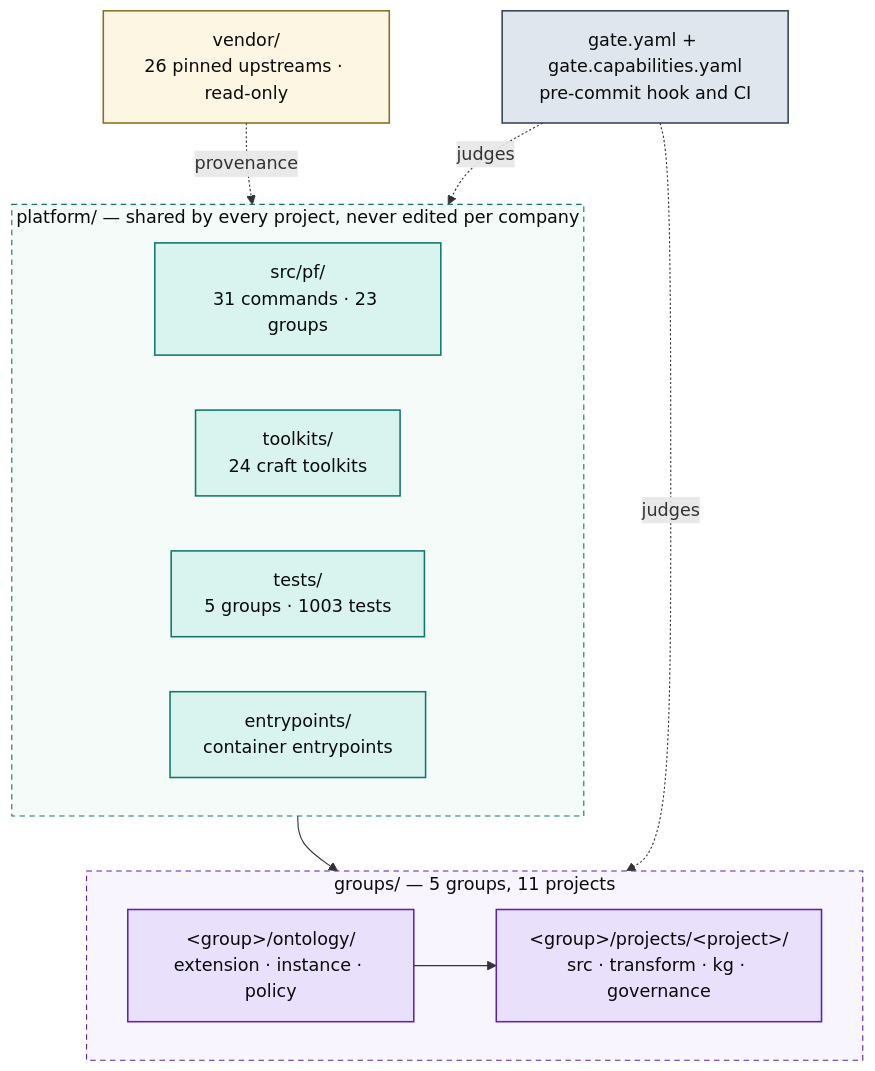
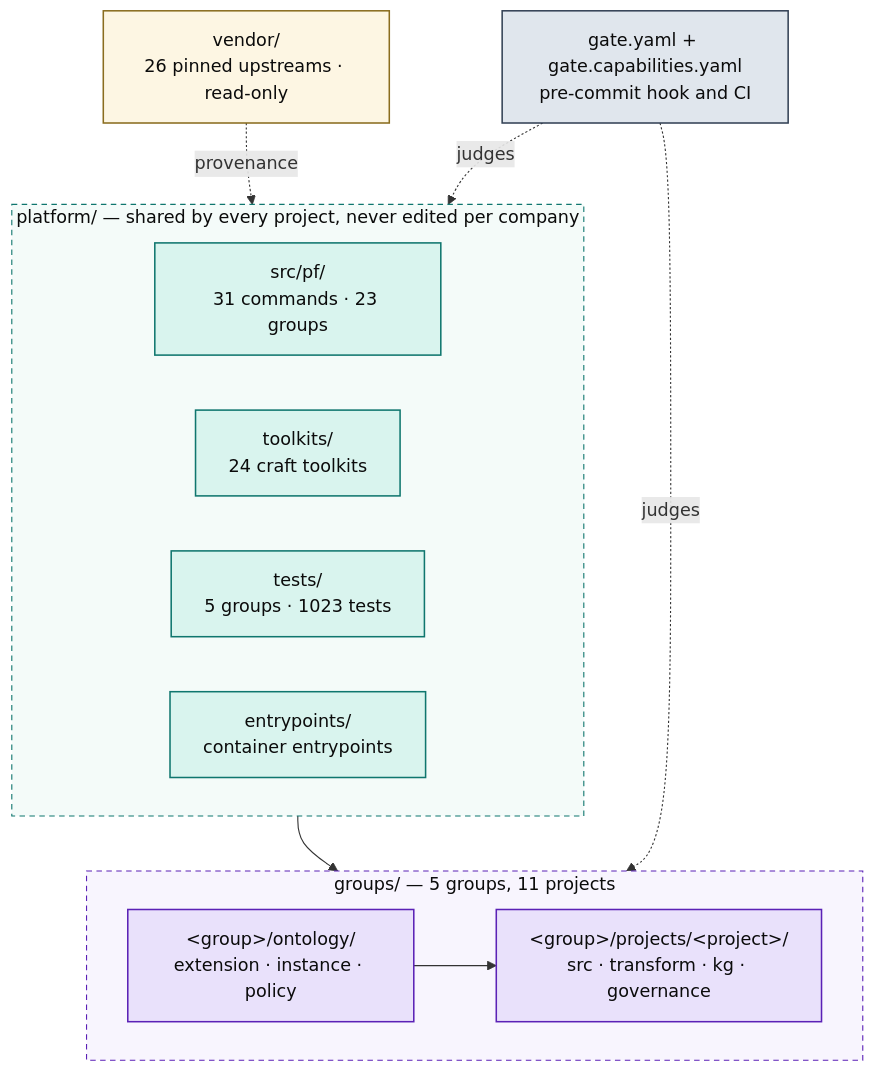
Before and after one commit to Atomz-org/data-platform: the first of 5 diagrams in docs/ARCHITECTURE.md, drawn with Mermaid. The commit also changed other lines of this file and 6 other files, not shown here.

````diff
--- a/docs/ARCHITECTURE.md
+++ b/docs/ARCHITECTURE.md
@@ -15,36 +15,36 @@
 ```mermaid
 flowchart TB
   subgraph SHARED["platform/ — shared by every project, never edited per company"]
     direction LR
     ENG["src/pf/<br/>31 commands · 23 groups"]
     TK["toolkits/<br/>24 craft toolkits"]
-    TST["tests/<br/>5 groups · 1003 tests"]
+    TST["tests/<br/>5 groups · 1023 tests"]
     ENT["entrypoints/<br/>container entrypoints"]
   end
 
   subgraph ENTITIES["groups/ — 5 groups, 11 projects"]
     direction LR
     GRP["&lt;group&gt;/ontology/<br/>extension · instance · policy"]
     PRJ["&lt;group&gt;/projects/&lt;project&gt;/<br/>src · transform · kg · governance"]
     GRP --> PRJ
   end
 
   VEN["vendor/<br/>26 pinned upstreams · read-only"]
   GATE["gate.yaml + gate.capabilities.yaml<br/>pre-commit hook and CI"]
 
   SHARED --> ENTITIES
   VEN -.provenance.-> SHARED
   GATE -.judges.-> ENTITIES
   GATE -.judges.-> SHARED
 
   classDef code fill:#d9f4ee,stroke:#0f766e,stroke-width:1.4px,color:#0b0b0b
   classDef data fill:#e9e1fb,stroke:#5b21b6,stroke-width:1.4px,color:#0b0b0b
   classDef gov fill:#e0e6ed,stroke:#334155,stroke-width:1.4px,color:#0b0b0b
   classDef ext fill:#fdf6e3,stroke:#8a6d1f,stroke-width:1.4px,color:#0b0b0b
   class ENG,TK,TST,ENT code
   class GRP,PRJ data
   class GATE gov
   class VEN ext
   style SHARED fill:#f4fbf9,stroke:#0f766e,stroke-dasharray:5 4,color:#0b0b0b
   style ENTITIES fill:#f8f5fe,stroke:#5b21b6,stroke-dasharray:5 4,color:#0b0b0b
 ```
````
